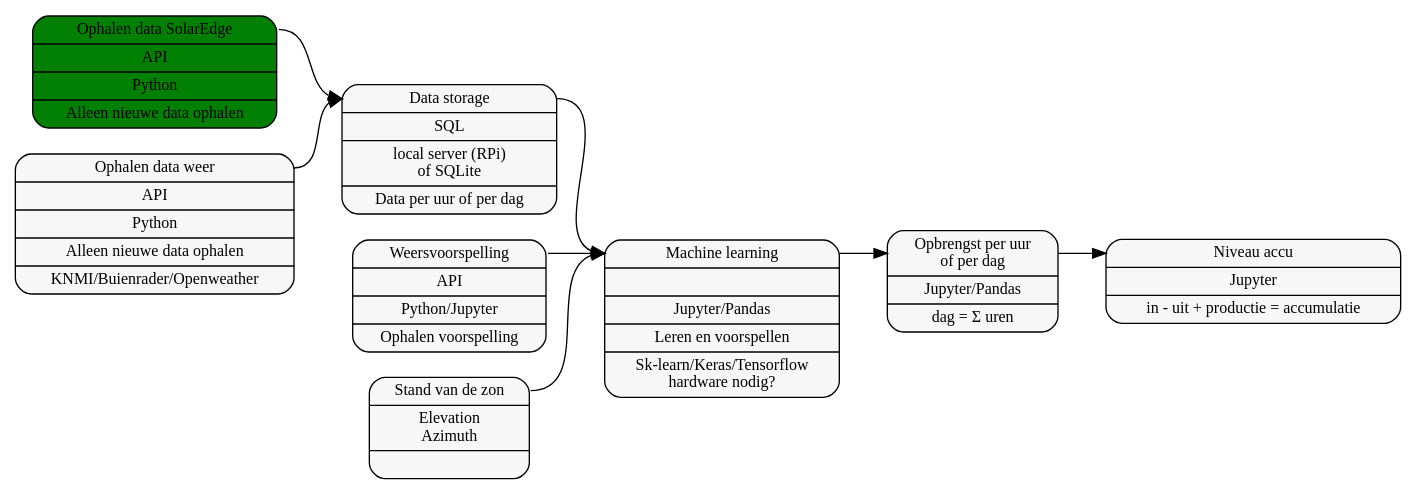
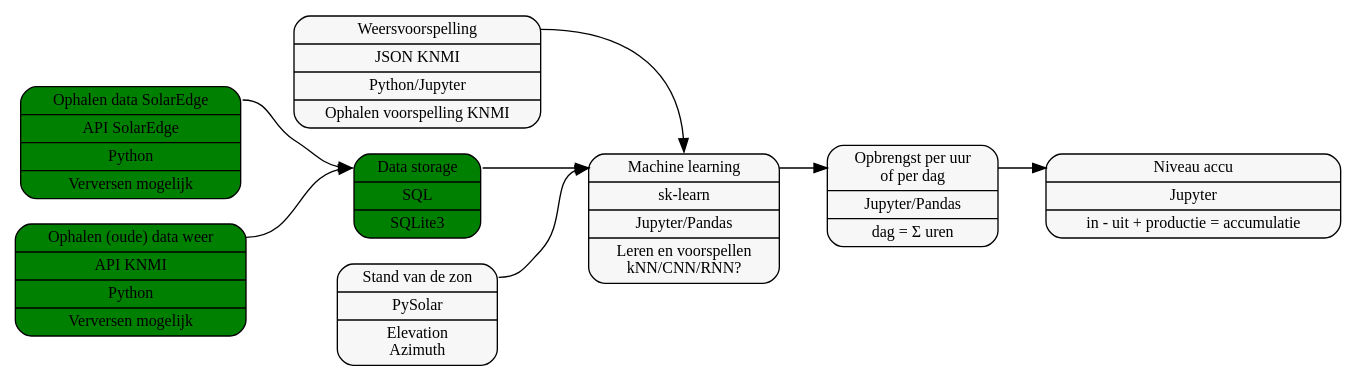
One commit to bosgnoom/data-engineer-eindopdracht changed the diagram in diagram.dot. Above: the diagram before and after it, drawn with Graphviz. The commit also changed 10 other files, not shown here.

```diff
--- a/diagram.dot
+++ b/diagram.dot
@@ -1,64 +1,66 @@
 digraph g {
     graph [
         rankdir = "LR"
     ];
     
     node [
         fontsize = "12"
         style="rounded,filled"
         fillcolor="#F7F7F7"
     ];
     
     edge [
     ];
     
     "node0" [
-        label = "<f0> Ophalen data SolarEdge | API | Python | Alleen nieuwe data ophalen "
+        label = "<f0> Ophalen data SolarEdge | API SolarEdge | Python | Verversen mogelijk "
         shape = "record"
         fillcolor = "green"
     ];
     
     "node1" [
-        label = "<f0> Ophalen data weer | API | Python | Alleen nieuwe data ophalen | KNMI/Buienrader/Openweather"
+        label = "<f0> Ophalen (oude) data weer | API KNMI | Python | Verversen mogelijk"
         shape = "record"
+        fillcolor = "green"
     ];
     
     "node2" [
-        label = "<f0> Data storage | SQL | local server (RPi)\nof SQLite | Data per uur of per dag"
+        label = "<f0> Data storage | SQL | SQLite3 "
         shape = "record"
+        fillcolor = "green"
     ];
     
     "node_weer" [
-        label = "<f0> Weersvoorspelling | API | Python/Jupyter | Ophalen voorspelling "
+        label = "<f0> Weersvoorspelling | JSON KNMI | Python/Jupyter | Ophalen voorspelling KNMI"
         shape = "record"
     ];
     
     "node_ML" [
-        label = "<f0> Machine learning |  | Jupyter/Pandas | Leren en voorspellen | Sk-learn/Keras/Tensorflow\nhardware nodig?"
+        label = "<f0> Machine learning | sk-learn | Jupyter/Pandas | Leren en voorspellen\nkNN/CNN/RNN?"
         shape = "record"
     ];
     
     "node_opbrengst" [
         label = "<f0> Opbrengst per uur\nof per dag | Jupyter/Pandas | dag = &Sigma; uren "
         shape = "record"
     ];
     
     "node_accu" [
         label = "<f0> Niveau accu | Jupyter | in - uit + productie = accumulatie "
         shape = "record"
     ];
 
     "node_zon" [
-        label = "<f0> Stand van de zon | Elevation\nAzimuth | "
+        label = "<f0> Stand van de zon | PySolar | Elevation\nAzimuth  "
         shape = "record"
     ]
     
-    "node_weer":f0 -> "node_ML":f0
+    "node_weer":f0 -> "node_ML":n
     "node0":f0 -> "node2":f0
     "node1":f0 -> "node2":f0
     "node2":f0 -> "node_ML":f0
     "node_ML":f0 -> "node_opbrengst":f0
     "node_opbrengst":f0 -> "node_accu":f0
     "node_zon":f0 -> "node_ML":f0
     
 }
```
